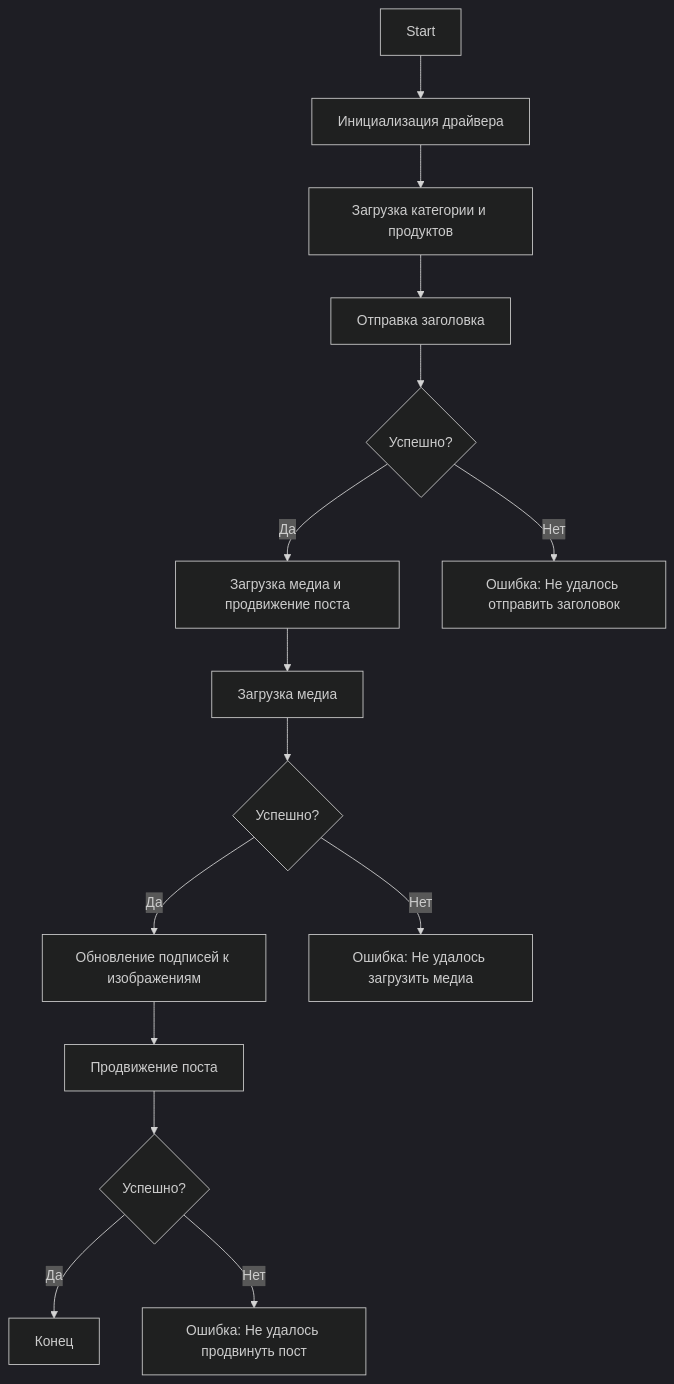
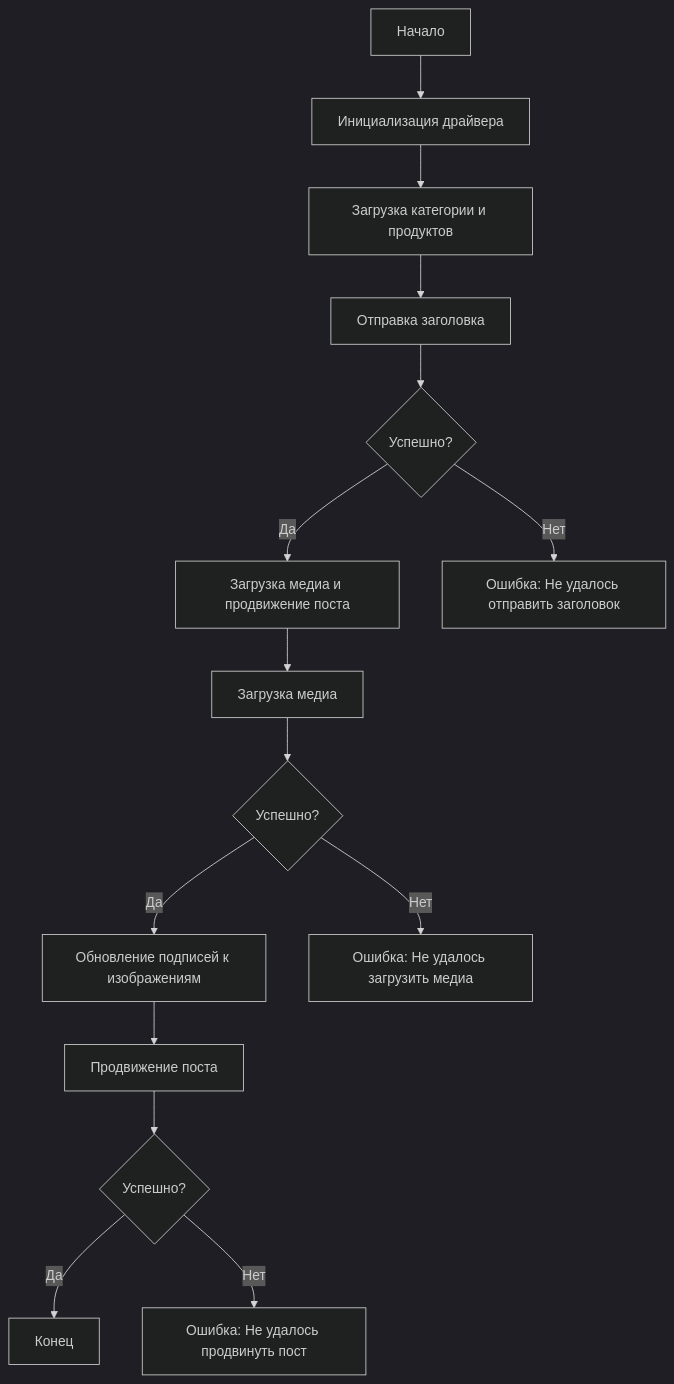
Before and after one commit to hypo69/hypo: the diagram in docs/gemini/ru/doc/src/endpoints/advertisement/facebook/scenarios/post_message_async.md.md, drawn with Mermaid (dark theme). The commit also changed other lines of this file and 1300 other files, not shown here.

````diff
--- a/docs/gemini/ru/doc/src/endpoints/advertisement/facebook/scenarios/post_message_async.md.md
+++ b/docs/gemini/ru/doc/src/endpoints/advertisement/facebook/scenarios/post_message_async.md.md
@@ -15,17 +15,17 @@
 ```mermaid
 graph TD
-    Start[Start] --> InitDriver[Инициализация драйвера]
+    Start[Начало] --> InitDriver[Инициализация драйвера]
     InitDriver --> LoadCategoryAndProducts[Загрузка категории и продуктов]
     LoadCategoryAndProducts --> SendTitle[Отправка заголовка]
     SendTitle --> CheckTitleSuccess{Успешно?}
     CheckTitleSuccess -->|Да| UploadMediaAndPromotePost[Загрузка медиа и продвижение поста]
     CheckTitleSuccess -->|Нет| TitleError[Ошибка: Не удалось отправить заголовок]
     UploadMediaAndPromotePost --> UploadMedia[Загрузка медиа]
     UploadMedia --> CheckMediaSuccess{Успешно?}
     CheckMediaSuccess -->|Да| UpdateCaptions[Обновление подписей к изображениям]
     CheckMediaSuccess -->|Нет| MediaError[Ошибка: Не удалось загрузить медиа]
     UpdateCaptions --> PromotePost[Продвижение поста]
     PromotePost --> CheckPromoteSuccess{Успешно?}
     CheckPromoteSuccess -->|Да| End[Конец]
     CheckPromoteSuccess -->|Нет| PromoteError[Ошибка: Не удалось продвинуть пост]
 ```
````
